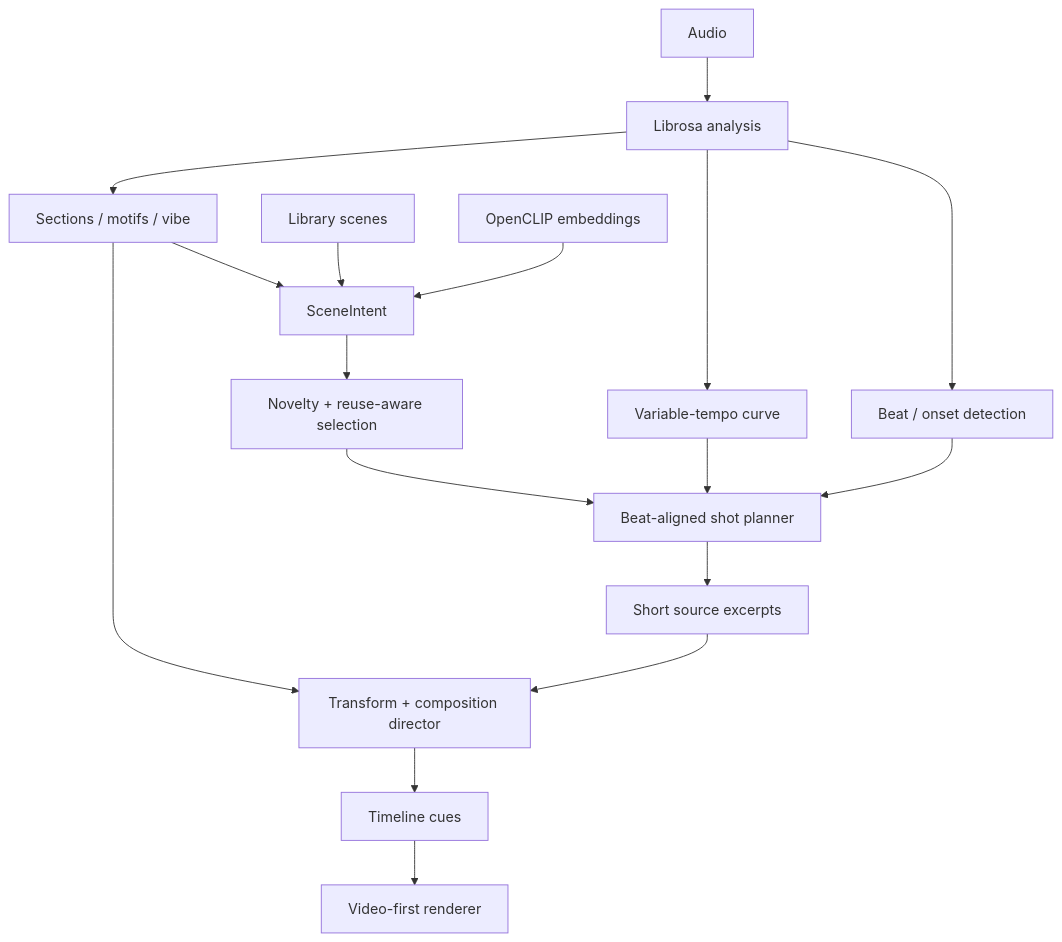
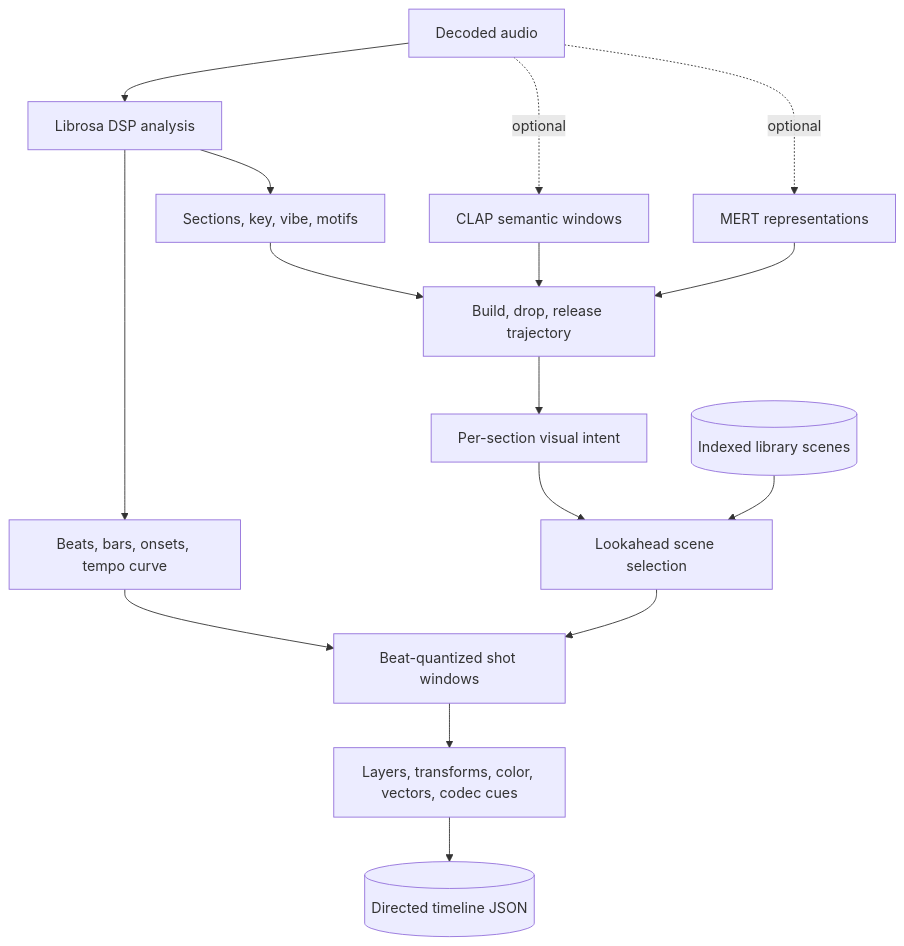
Before and after one commit to interrupt21h/tubeviz: the third of 21 diagrams in README.md, drawn with Mermaid. The commit also changed other lines of this file and 29 other files, not shown here.

````diff
--- a/README.md
+++ b/README.md
@@ -54,19 +109,18 @@
 ```mermaid
-flowchart TD
-    A["Audio"] --> B["Librosa analysis"]
-    B --> C["Beat / onset detection"]
-    B --> D["Variable-tempo curve"]
-    B --> E["Sections / motifs / vibe"]
-    C --> F["Beat-aligned shot planner"]
-    D --> F
-    E --> G["SceneIntent"]
-    L["Library scenes"] --> G
-    V["OpenCLIP embeddings"] --> G
-    G --> H["Novelty + reuse-aware selection"]
-    H --> F
-    F --> I["Short source excerpts"]
-    I --> J["Transform + composition director"]
-    E --> J
-    J --> K["Timeline cues"]
-    K --> R["Video-first renderer"]
+flowchart TB
+    A["Decoded audio"] --> DSP["Librosa DSP analysis"]
+    DSP --> GRID["Beats, bars, onsets, tempo curve"]
+    DSP --> FORM["Sections, key, vibe, motifs"]
+    A -. optional .-> CLAP["CLAP semantic windows"]
+    A -. optional .-> MERT["MERT representations"]
+    FORM --> TRAJ["Build, drop, release trajectory"]
+    CLAP --> TRAJ
+    MERT --> TRAJ
+    TRAJ --> INTENT["Per-section visual intent"]
+    GRID --> SHOTS["Beat-quantized shot windows"]
+    INTENT --> SELECT["Lookahead scene selection"]
+    LIBSCENES[("Indexed library scenes")] --> SELECT
+    SELECT --> SHOTS
+    SHOTS --> DIRECT["Layers, transforms, color, vectors, codec cues"]
+    DIRECT --> TL[("Directed timeline JSON")]
 ```
````
